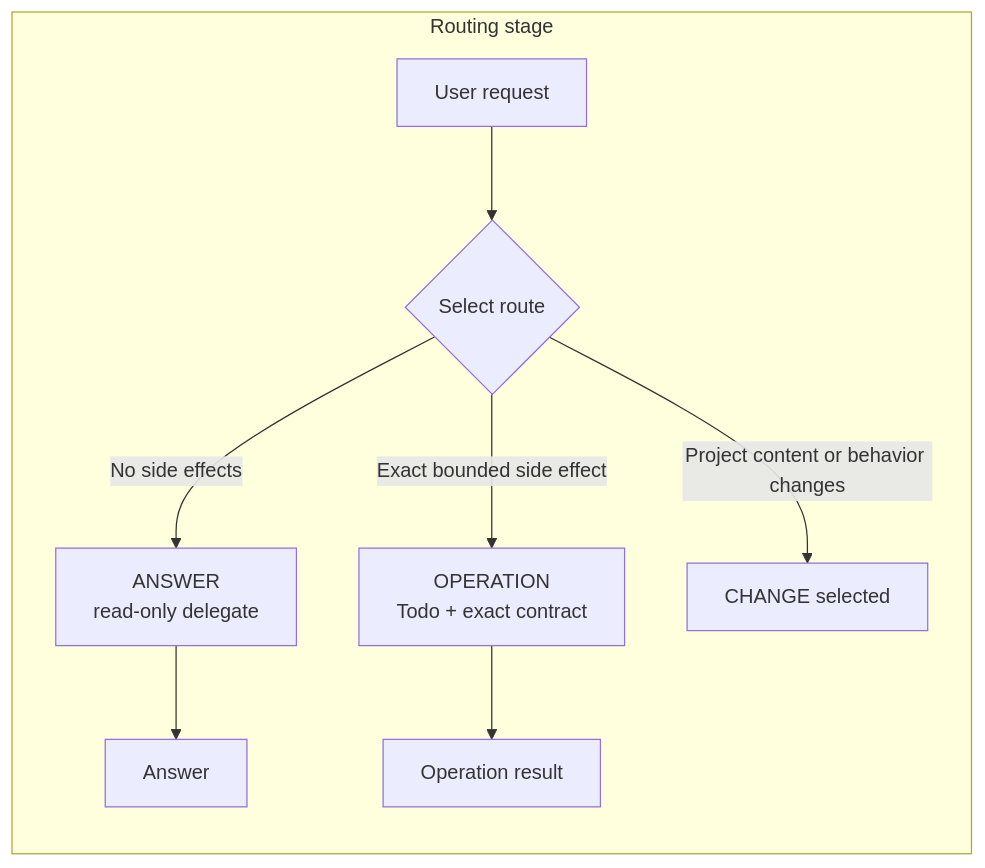
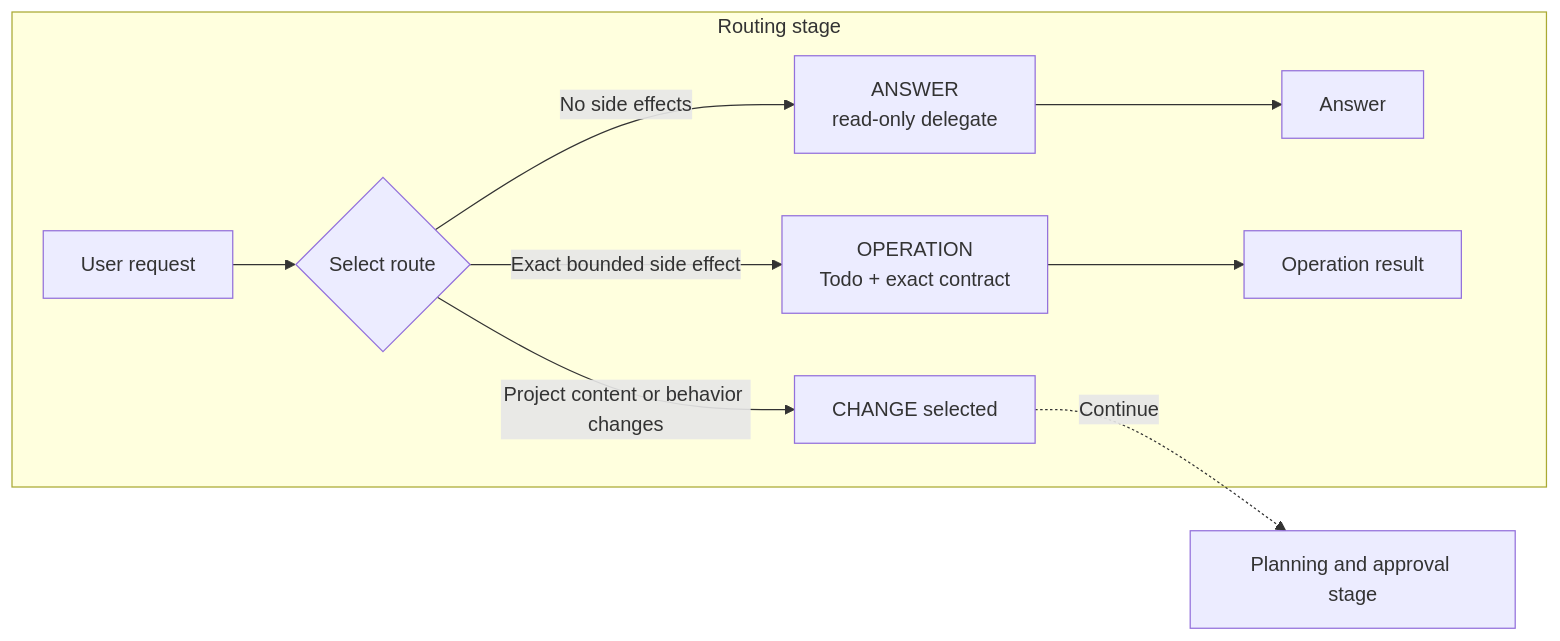
Before and after one commit to zhenyumi/simple-opencode-flow: the first of 3 diagrams in README.md, drawn with Mermaid. The commit also changed other lines of this file and 4 other files, not shown here.

````diff
--- a/README.md
+++ b/README.md
@@ -71,11 +71,12 @@
 ```mermaid
 flowchart LR
     subgraph ROUTING["Routing stage"]
         U["User request"] --> R{"Select route"}
         R -- "No side effects" --> A["ANSWER<br/>read-only delegate"]
         R -- "Exact bounded side effect" --> O["OPERATION<br/>Todo + exact contract"]
         R -- "Project content or behavior changes" --> C["CHANGE selected"]
         A --> AR["Answer"]
         O --> OR["Operation result"]
     end
+    C -. "Continue" .-> PS["Planning and approval stage"]
 ```
````
